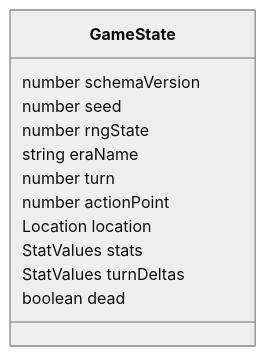
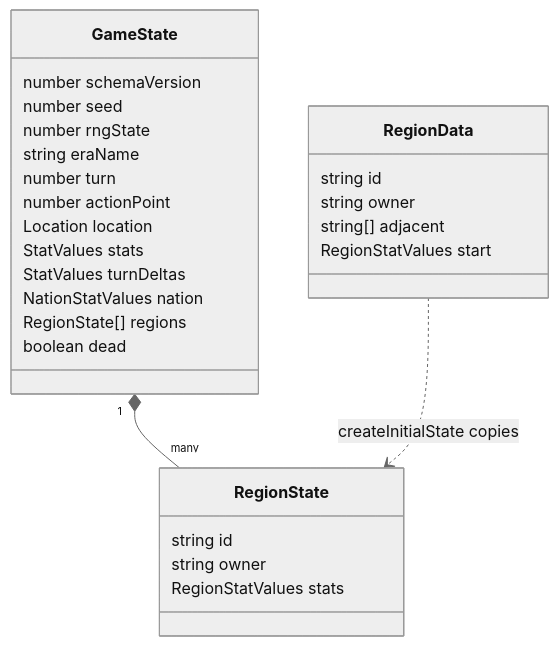
The first of 2 diagrams in packages/core/ARCHITECTURE.md (dcheng1248/agent-harness-test), drawn with Mermaid (neutral theme) before and after one commit. The commit also changed other lines of this file and 5 other files, not shown here.

````diff
--- a/packages/core/ARCHITECTURE.md
+++ b/packages/core/ARCHITECTURE.md
@@ -8,15 +8,30 @@
 ```mermaid
 classDiagram
   class GameState {
     number schemaVersion
     number seed
     number rngState
     string eraName
     number turn
     number actionPoint
     Location location
     StatValues stats
     StatValues turnDeltas
+    NationStatValues nation
+    RegionState[] regions
     boolean dead
   }
+  class RegionState {
+    string id
+    string owner
+    RegionStatValues stats
+  }
+  class RegionData {
+    string id
+    string owner
+    string[] adjacent
+    RegionStatValues start
+  }
+  GameState "1" *-- "many" RegionState
+  RegionData ..> RegionState : createInitialState copies
 ```
````
